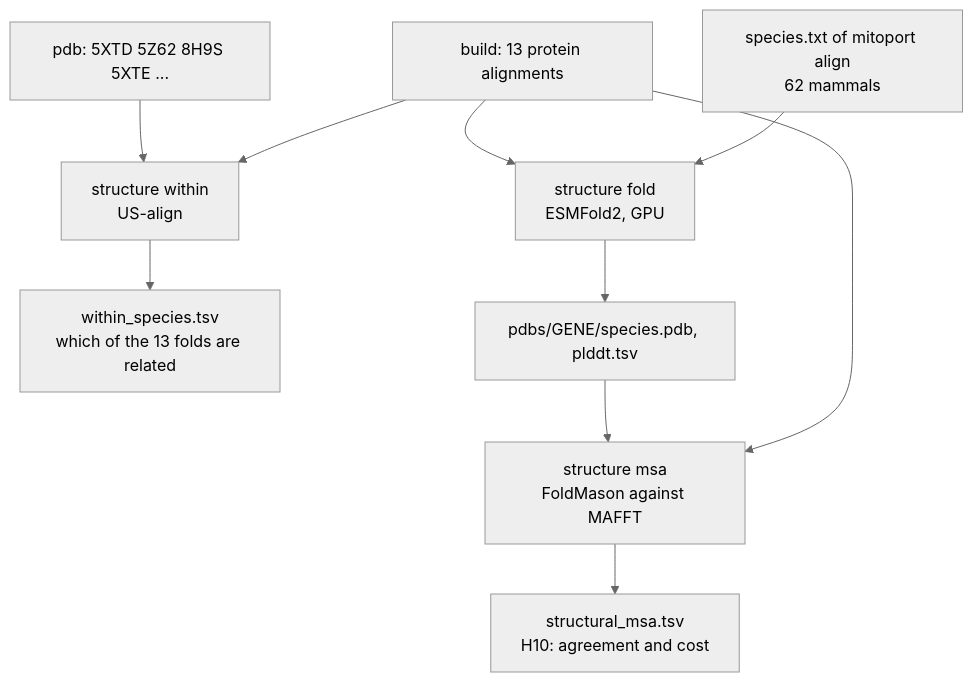
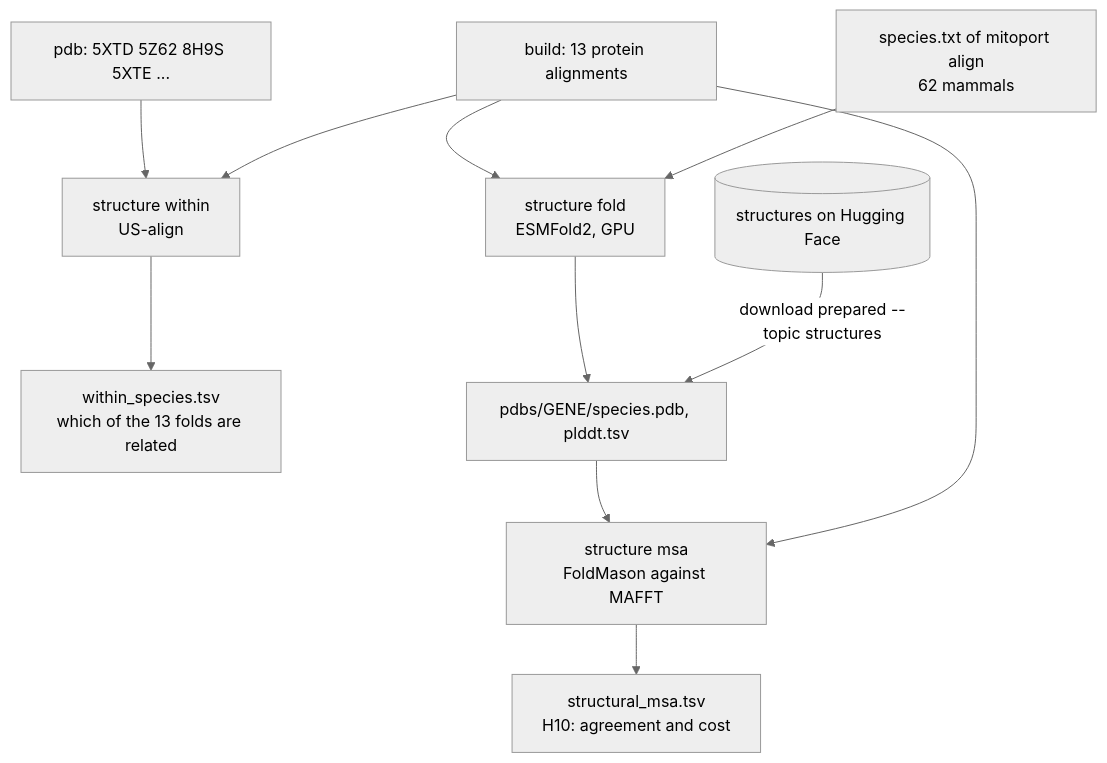
The sixth of 6 diagrams in docs/PIPELINE.md (dna-seq/mitoage-pipelines), drawn with Mermaid (neutral theme) before and after one commit. The commit also changed other lines of this file and 6 other files, not shown here.

First line of the commit message:
The per-residue embeddings and the predicted structures as prepared topics on Hugging Face

````diff
--- a/docs/PIPELINE.md
+++ b/docs/PIPELINE.md
@@ -131,12 +135,13 @@
 ```mermaid
 flowchart TD
   P[pdb: 5XTD 5Z62 8H9S 5XTE ...] --> W[structure within<br/>US-align]
   B[build: 13 protein alignments] --> W
   W --> T5[within_species.tsv<br/>which of the 13 folds are related]
   B --> F[structure fold<br/>ESMFold2, GPU]
   SP[species.txt of mitoport align<br/>62 mammals] --> F
   F --> PD[pdbs/GENE/species.pdb, plddt.tsv]
+  HS[(structures on Hugging Face)] -- "download prepared --topic structures" --> PD
   PD --> M[structure msa<br/>FoldMason against MAFFT]
   B --> M
   M --> T6[structural_msa.tsv<br/>H10: agreement and cost]
 ```
````
